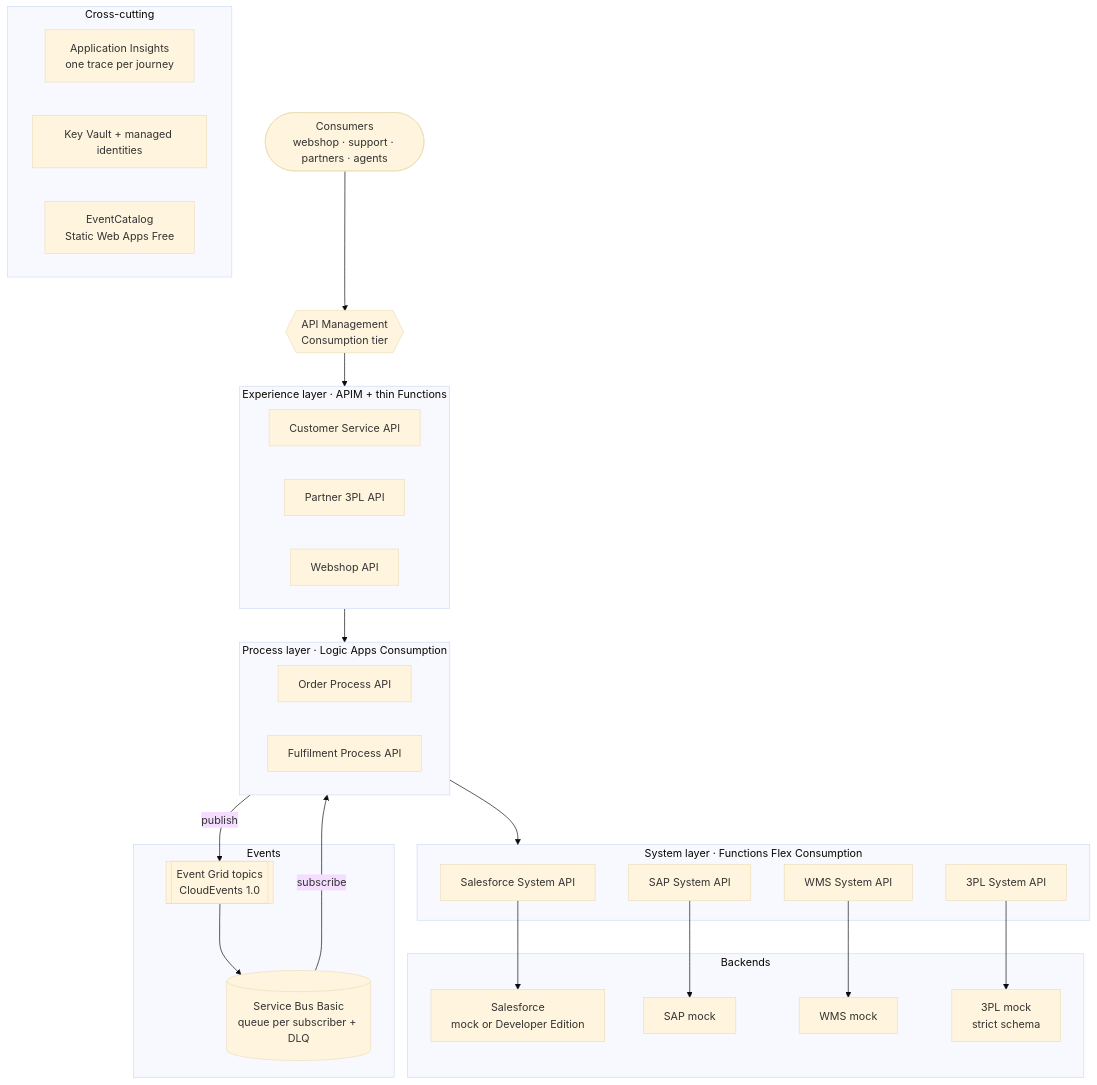
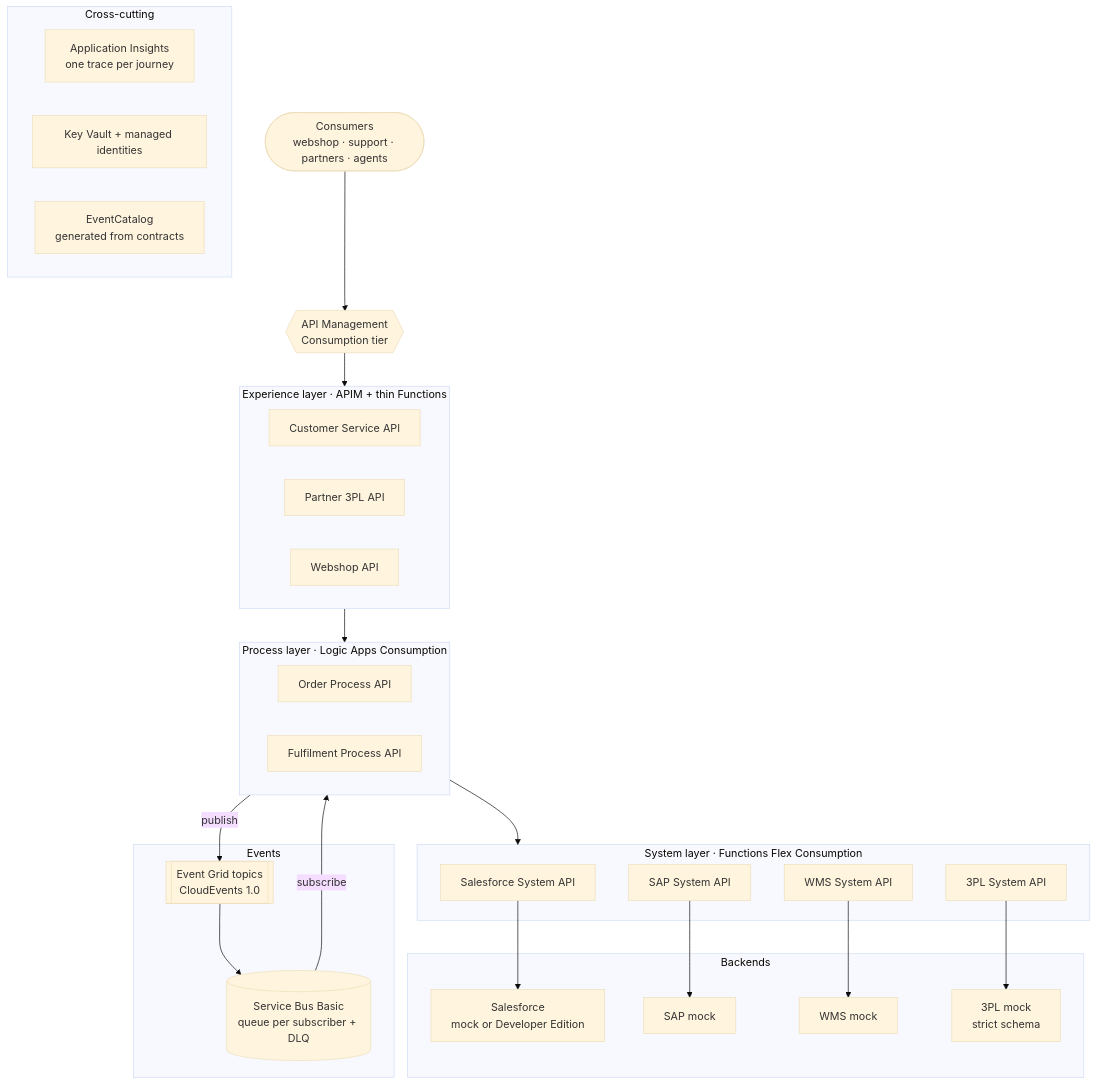
One commit to azure-intelligence-domain/ai-intelligence-domain changed the first of 2 diagrams in README.md. Above: the diagram before and after it, drawn with Mermaid (base theme). The commit also changed other lines of this file and 5 other files, not shown here.

First line of the commit message:
Step 3: EventCatalog generated from released contracts (ADR 0009)

````diff
--- a/README.md
+++ b/README.md
@@ -73,52 +73,52 @@
 ```mermaid
 flowchart TB
     consumers(["Consumers<br/>webshop · support · partners · agents"])
     apim{{"API Management<br/>Consumption tier"}}
 
     subgraph experience["Experience layer · APIM + thin Functions"]
         direction LR
         exp_cs["Customer Service API"]
         exp_partner["Partner 3PL API"]
         exp_web["Webshop API"]
     end
 
     subgraph process["Process layer · Logic Apps Consumption"]
         direction LR
         proc_order["Order Process API"]
         proc_fulfil["Fulfilment Process API"]
     end
 
     subgraph events["Events"]
         eg[["Event Grid topics<br/>CloudEvents 1.0"]]
         sbq[("Service Bus Basic<br/>queue per subscriber + DLQ")]
     end
 
     subgraph system["System layer · Functions Flex Consumption"]
         sys_sf["Salesforce System API"]
         sys_sap["SAP System API"]
         sys_wms["WMS System API"]
         sys_3pl["3PL System API"]
     end
 
     subgraph backends["Backends"]
         sf["Salesforce<br/>mock or Developer Edition"]
         sap["SAP mock"]
         wms["WMS mock"]
         tpl["3PL mock<br/>strict schema"]
     end
 
     subgraph shared["Cross-cutting"]
         appi["Application Insights<br/>one trace per journey"]
         kv["Key Vault + managed identities"]
-        catalog["EventCatalog<br/>Static Web Apps Free"]
+        catalog["EventCatalog<br/>generated from contracts"]
     end
 
     consumers --> apim --> experience
     experience --> process
     process -- "publish" --> eg --> sbq -- "subscribe" --> process
     process --> system
     sys_sf --> sf
     sys_sap --> sap
     sys_wms --> wms
     sys_3pl --> tpl
 ```
````
